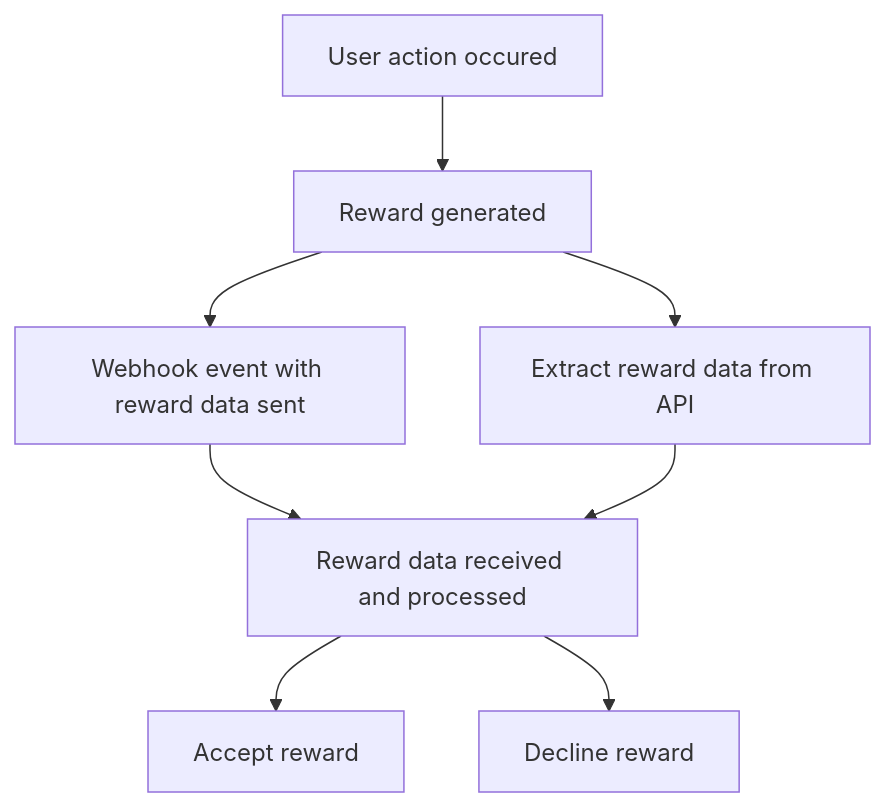
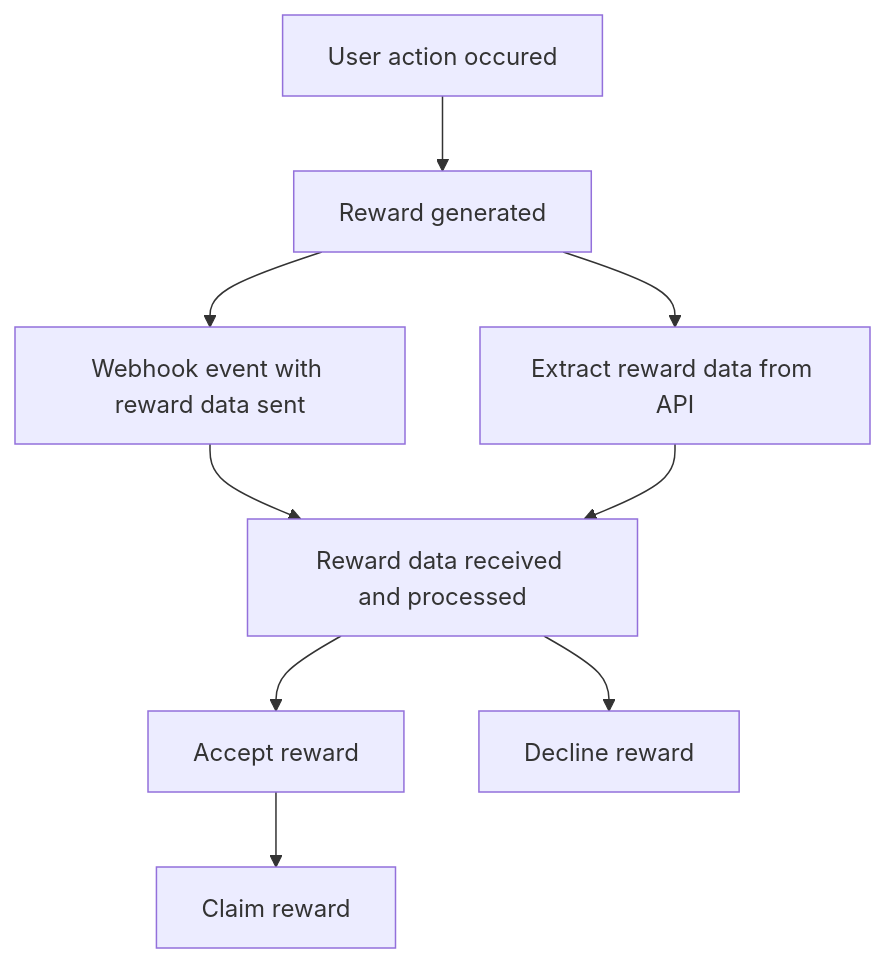
Before and after one commit to toffeecard/docs: the diagram in docs/apis/rewards.md, drawn with Mermaid. The commit also changed other lines of this file and 2 other files, not shown here.

Commit message:
Claim reward method

````diff
--- a/docs/apis/rewards.md
+++ b/docs/apis/rewards.md
@@ -11,23 +11,26 @@
 ```mermaid
 flowchart
     action[User action occured]
     reward[Reward generated]
     webhook_event[Webhook event with reward data sent]
     reward_api[Extract reward data from API]
     reward_received[Reward data received and processed]
     reward_accept[Accept reward]
     reward_decline[Decline reward]
+    reward_claim[Claim reward]
 
     click reward_api href "#listing-rewards"
     click webhook_event href "#webhooks-integration"
     click reward_accept href "#after-processing-rewards-on-your-side"
     click reward_decline href "#after-processing-rewards-on-your-side"
+    click reward_claim href "#after-processing-rewards-on-your-side"
 
     action --> reward
     reward --> webhook_event
     reward --> reward_api
     webhook_event --> reward_received
     reward_api --> reward_received
     reward_received --> reward_accept
     reward_received --> reward_decline
+    reward_accept --> reward_claim
 ```
````
